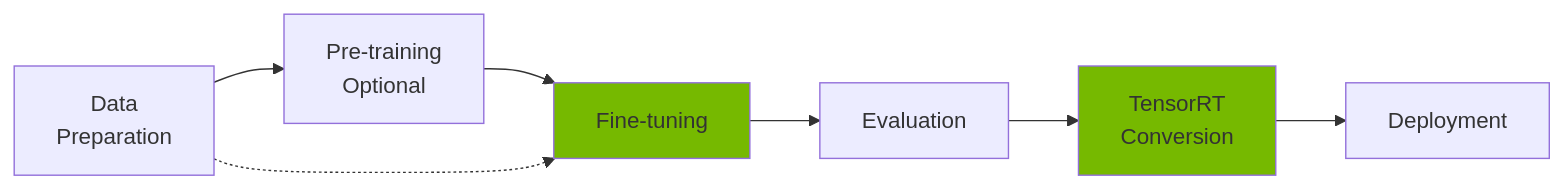
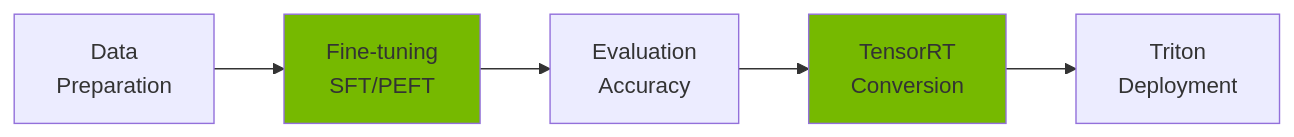
The first of 6 diagrams in i18n/en/docusaurus-plugin-content-docs/current/agentic-ai-platform/model-serving/nemo-framework.md (devfloor9/engineering-playbook), drawn with Mermaid before and after one commit. The commit also changed other lines of this file and 95 other files, not shown here.

````diff
--- a/i18n/en/docusaurus-plugin-content-docs/current/agentic-ai-platform/model-serving/nemo-framework.md
+++ b/i18n/en/docusaurus-plugin-content-docs/current/agentic-ai-platform/model-serving/nemo-framework.md
@@ -32,19 +36,16 @@
 ```mermaid
 flowchart LR
     Data[Data<br/>Preparation]
-    Pretrain[Pre-training<br/>Optional]
-    Finetune[Fine-tuning]
-    Eval[Evaluation]
+    Finetune[Fine-tuning<br/>SFT/PEFT]
+    Eval[Evaluation<br/>Accuracy]
     Export[TensorRT<br/>Conversion]
-    Deploy[Deployment]
+    Deploy[Triton<br/>Deployment]
 
-    Data --> Pretrain
-    Pretrain --> Finetune
-    Data -.-> Finetune
+    Data --> Finetune
     Finetune --> Eval
     Eval --> Export
     Export --> Deploy
 
     style Finetune fill:#76b900
     style Export fill:#76b900
 ```
````
